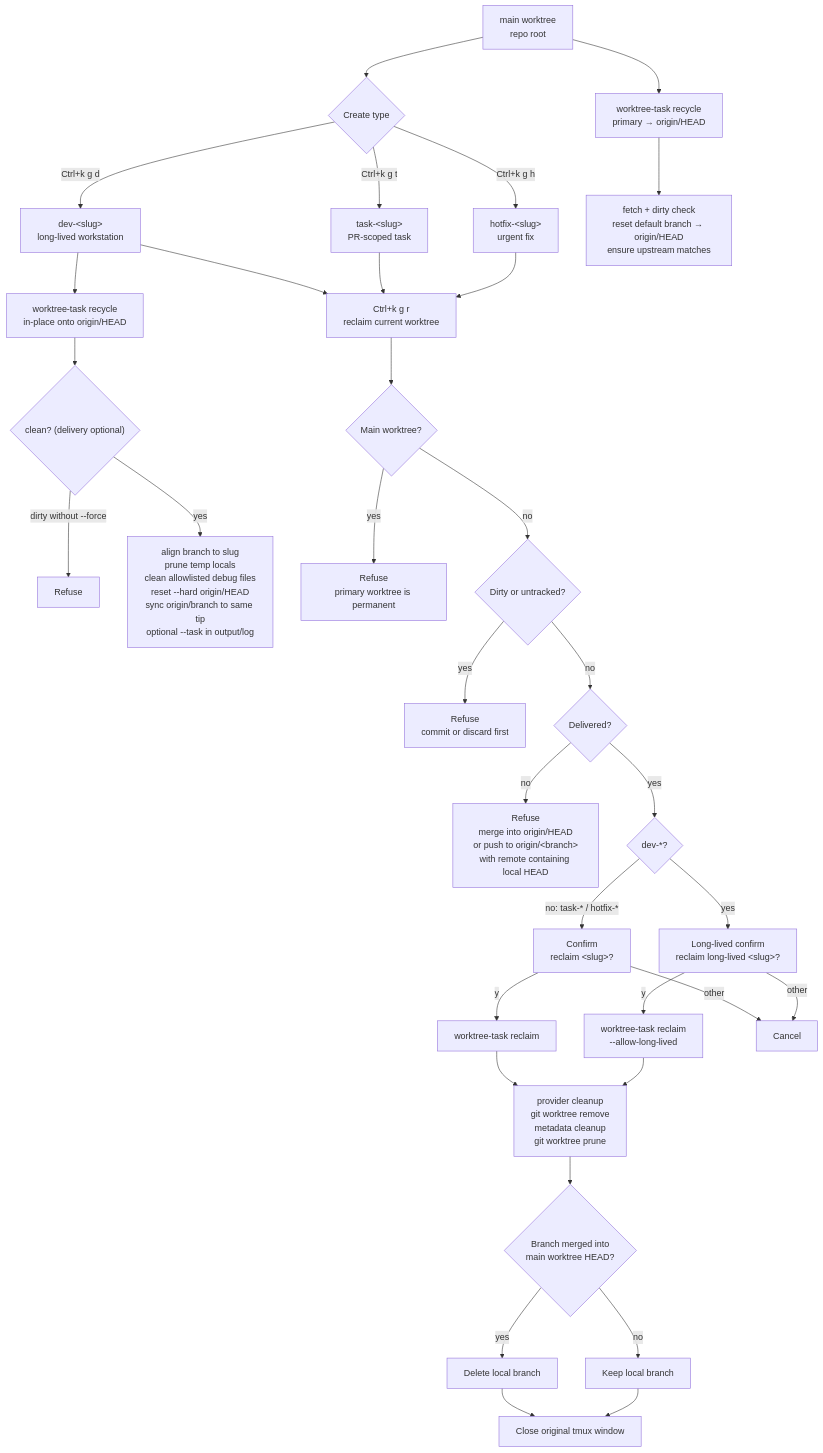
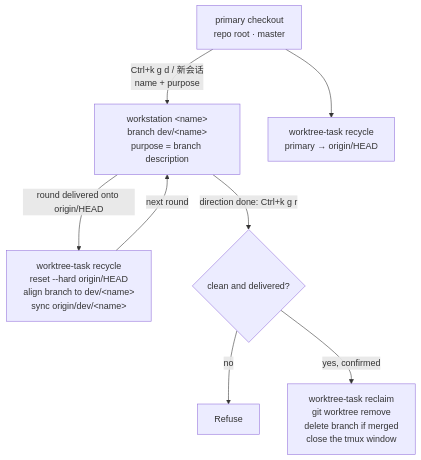
One commit to yunsii/wezdeck changed the second of 2 diagrams in docs/workspaces.md. Above: the diagram before and after it, drawn with Mermaid. The commit also changed other lines of this file and 41 other files, not shown here.

````diff
--- a/docs/workspaces.md
+++ b/docs/workspaces.md
@@ -143,47 +141,10 @@
 ```mermaid
 flowchart TD
-  A["main worktree<br/>repo root"] --> B{"Create type"}
-
-  B -->|"Ctrl+k g d"| D["dev-&lt;slug&gt;<br/>long-lived workstation"]
-  B -->|"Ctrl+k g t"| T["task-&lt;slug&gt;<br/>PR-scoped task"]
-  B -->|"Ctrl+k g h"| H["hotfix-&lt;slug&gt;<br/>urgent fix"]
-
-  A --> RCP["worktree-task recycle<br/>primary → origin/HEAD"]
-  D --> RC["worktree-task recycle<br/>in-place onto origin/HEAD"]
-  D --> R["Ctrl+k g r<br/>reclaim current worktree"]
-  T --> R
-  H --> R
-
-  RCP --> RCP2["fetch + dirty check<br/>reset default branch → origin/HEAD<br/>ensure upstream matches"]
-  RC --> RC1{"clean? (delivery optional)"}
-  RC1 -->|"dirty without --force"| RCX["Refuse"]
-  RC1 -->|"yes"| RC2["align branch to slug<br/>prune temp locals<br/>clean allowlisted debug files<br/>reset --hard origin/HEAD<br/>sync origin/branch to same tip<br/>optional --task in output/log"]
-
-  R --> C1{"Main worktree?"}
-  C1 -->|"yes"| X1["Refuse<br/>primary worktree is permanent"]
-  C1 -->|"no"| C2{"Dirty or untracked?"}
-
-  C2 -->|"yes"| X2["Refuse<br/>commit or discard first"]
-  C2 -->|"no"| C3{"Delivered?"}
-
-  C3 -->|"no"| X3["Refuse<br/>merge into origin/HEAD<br/>or push to origin/&lt;branch&gt;<br/>with remote containing local HEAD"]
-  C3 -->|"yes"| C4{"dev-*?"}
-
-  C4 -->|"no: task-* / hotfix-*"| Y1["Confirm<br/>reclaim &lt;slug&gt;?"]
-  C4 -->|"yes"| Y2["Long-lived confirm<br/>reclaim long-lived &lt;slug&gt;?"]
-
-  Y1 -->|"y"| Z1["worktree-task reclaim"]
-  Y2 -->|"y"| Z2["worktree-task reclaim<br/>--allow-long-lived"]
-  Y1 -->|"other"| K["Cancel"]
-  Y2 -->|"other"| K
-
-  Z1 --> W["provider cleanup<br/>git worktree remove<br/>metadata cleanup<br/>git worktree prune"]
-  Z2 --> W
-
-  W --> Q{"Branch merged into<br/>main worktree HEAD?"}
-  Q -->|"yes"| BD["Delete local branch"]
-  Q -->|"no"| BK["Keep local branch"]
-
-  BD --> END["Close original tmux window"]
-  BK --> END
+  P["primary checkout<br/>repo root · master"] -->|"Ctrl+k g d / 新会话<br/>name + purpose"| W["workstation &lt;name&gt;<br/>branch dev/&lt;name&gt;<br/>purpose = branch description"]
+  P --> RCP["worktree-task recycle<br/>primary → origin/HEAD"]
+  W -->|"round delivered onto origin/HEAD"| RC["worktree-task recycle<br/>reset --hard origin/HEAD<br/>align branch to dev/&lt;name&gt;<br/>sync origin/dev/&lt;name&gt;"]
+  RC -->|"next round"| W
+  W -->|"direction done: Ctrl+k g r"| C1{"clean and delivered?"}
+  C1 -->|"no"| X["Refuse"]
+  C1 -->|"yes, confirmed"| Z["worktree-task reclaim<br/>git worktree remove<br/>delete branch if merged<br/>close the tmux window"]
 ```
````
